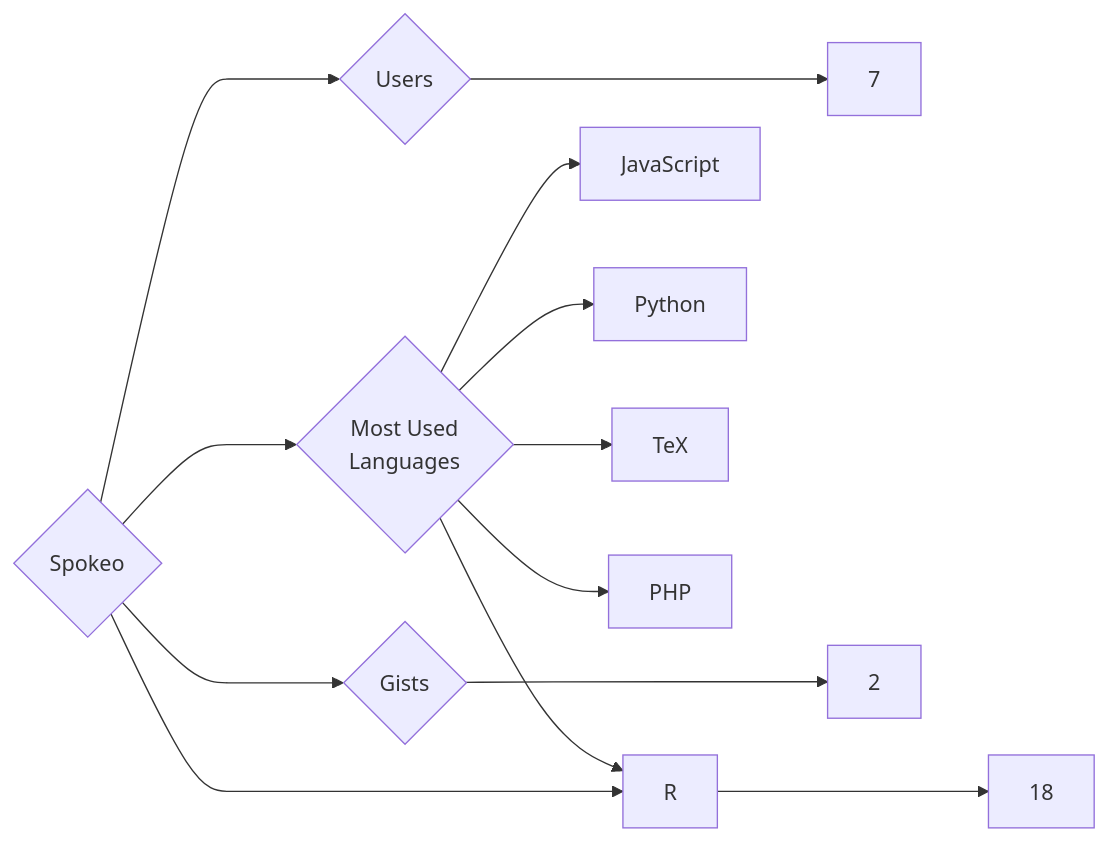
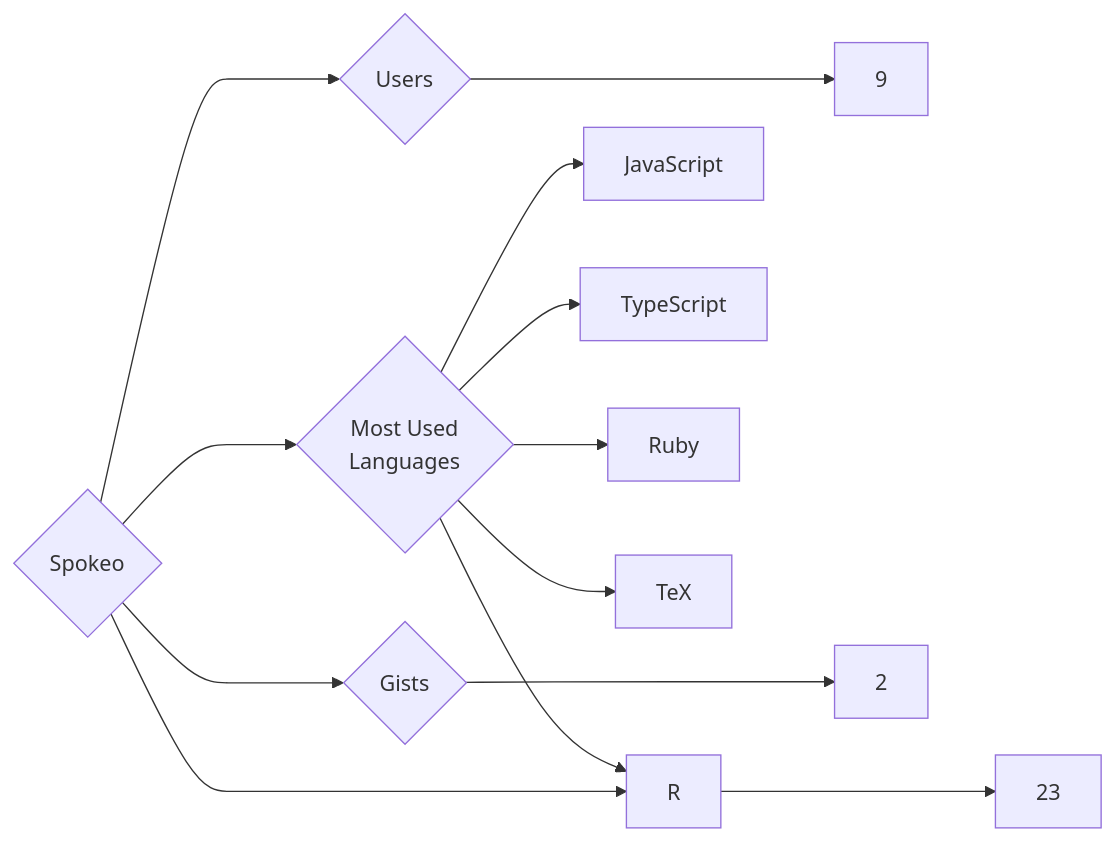
The diagram in targets/Spokeo/README.md (trickest/insiders), drawn with Mermaid before and after one commit. The commit also changed 995 other files, not shown here.

````diff
--- a/targets/Spokeo/README.md
+++ b/targets/Spokeo/README.md
@@ -3,13 +3,13 @@
 ```mermaid
 graph LR
 COMPANY_NAME{Spokeo}
-COMPANY_NAME ---> U{Users} ---> UN[7]
-COMPANY_NAME ---> R{Repositories} ---> RN[18]
+COMPANY_NAME ---> U{Users} ---> UN[9]
+COMPANY_NAME ---> R{Repositories} ---> RN[23]
 COMPANY_NAME ---> G{Gists} ---> GN[2]
 COMPANY_NAME ---> ML{Most Used<br>Languages}
 ML --> JavaScript[JavaScript]
+ML --> TypeScript[TypeScript]
+ML --> Ruby[Ruby]
+ML --> TeX[TeX]
 ML --> R[R]
-ML --> Python[Python]
-ML --> TeX[TeX]
-ML --> PHP[PHP]
 ```
````
